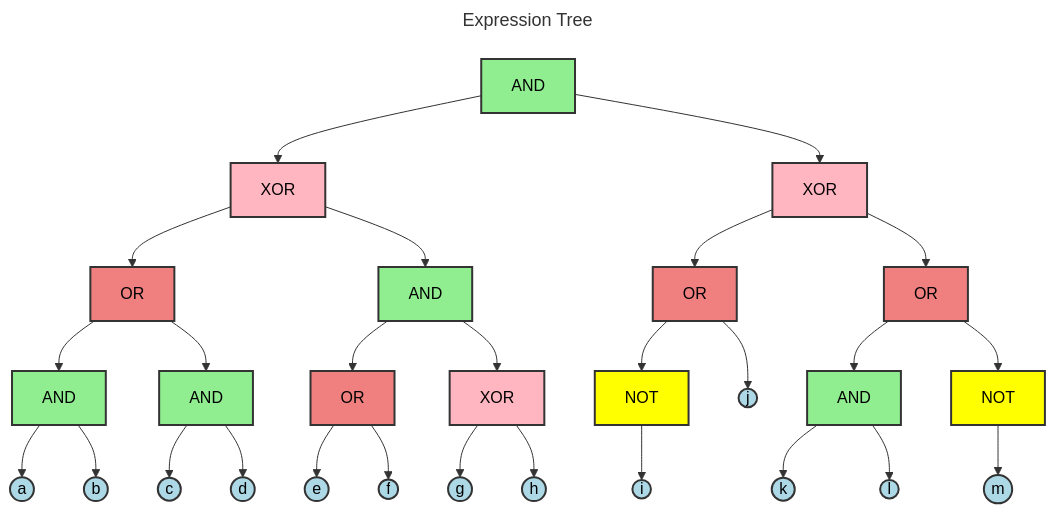
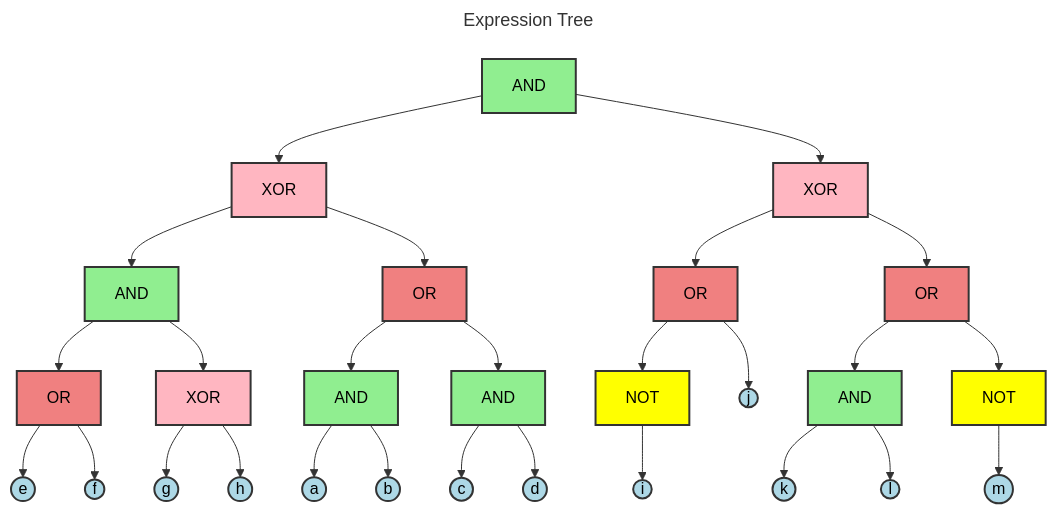
One commit to Alan-Jowett/bdd_test changed the first of 2 diagrams in test_expressions/reference_output/deeply_nested_analysis.md. Above: the diagram before and after it, drawn with Mermaid. The commit also changed other lines of this file and 150 other files, not shown here.

First line of the commit message:
More dag graph cleanup (#65)

```diff
--- a/test_expressions/reference_output/deeply_nested_analysis.md
+++ b/test_expressions/reference_output/deeply_nested_analysis.md
@@ -16,14 +16,6 @@
 ---
 flowchart TD
     N1(("a"))
-    N2(("b"))
-    N3["AND"]
-    N4(("c"))
-    N5(("d"))
-    N6["AND"]
-    N7["OR"]
-    N8(("e"))
-    N9(("f"))
     N10["OR"]
     N11(("g"))
     N12(("h"))
@@ -34,6 +26,7 @@
     N17["NOT"]
     N18(("j"))
     N19["OR"]
+    N2(("b"))
     N20(("k"))
     N21(("l"))
     N22["AND"]
@@ -42,21 +35,22 @@
     N25["OR"]
     N26["XOR"]
     N27["AND"]
+    N3["AND"]
+    N4(("c"))
+    N5(("d"))
+    N6["AND"]
+    N7["OR"]
+    N8(("e"))
+    N9(("f"))
 
-    N3 --> N1
-    N3 --> N2
-    N6 --> N4
-    N6 --> N5
-    N7 --> N3
-    N7 --> N6
     N10 --> N8
     N10 --> N9
     N13 --> N11
     N13 --> N12
     N14 --> N10
     N14 --> N13
+    N15 --> N14
     N15 --> N7
-    N15 --> N14
     N17 --> N16
     N19 --> N17
     N19 --> N18
@@ -69,6 +63,12 @@
     N26 --> N25
     N27 --> N15
     N27 --> N26
+    N3 --> N1
+    N3 --> N2
+    N6 --> N4
+    N6 --> N5
+    N7 --> N3
+    N7 --> N6
 
     class N1 variable
     class N2 variable
```
